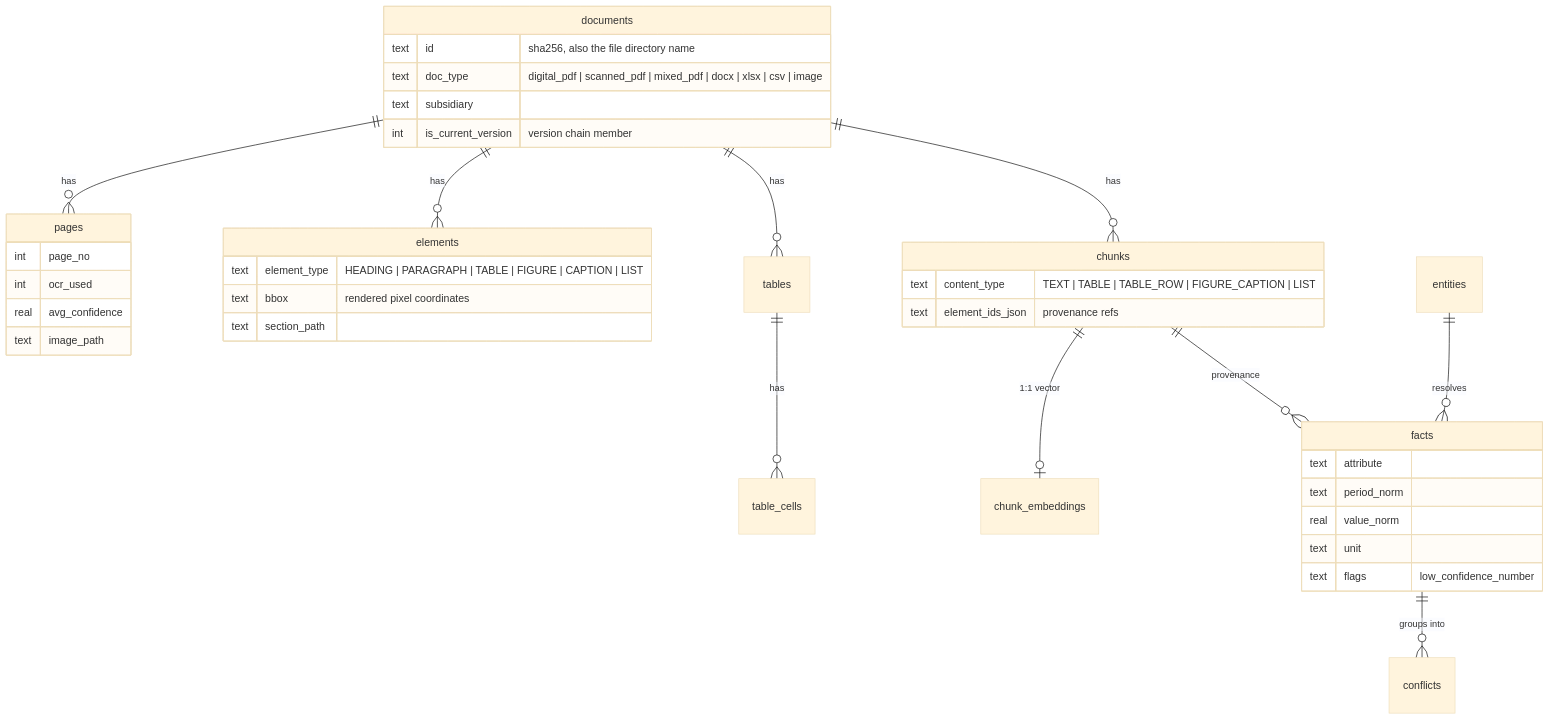
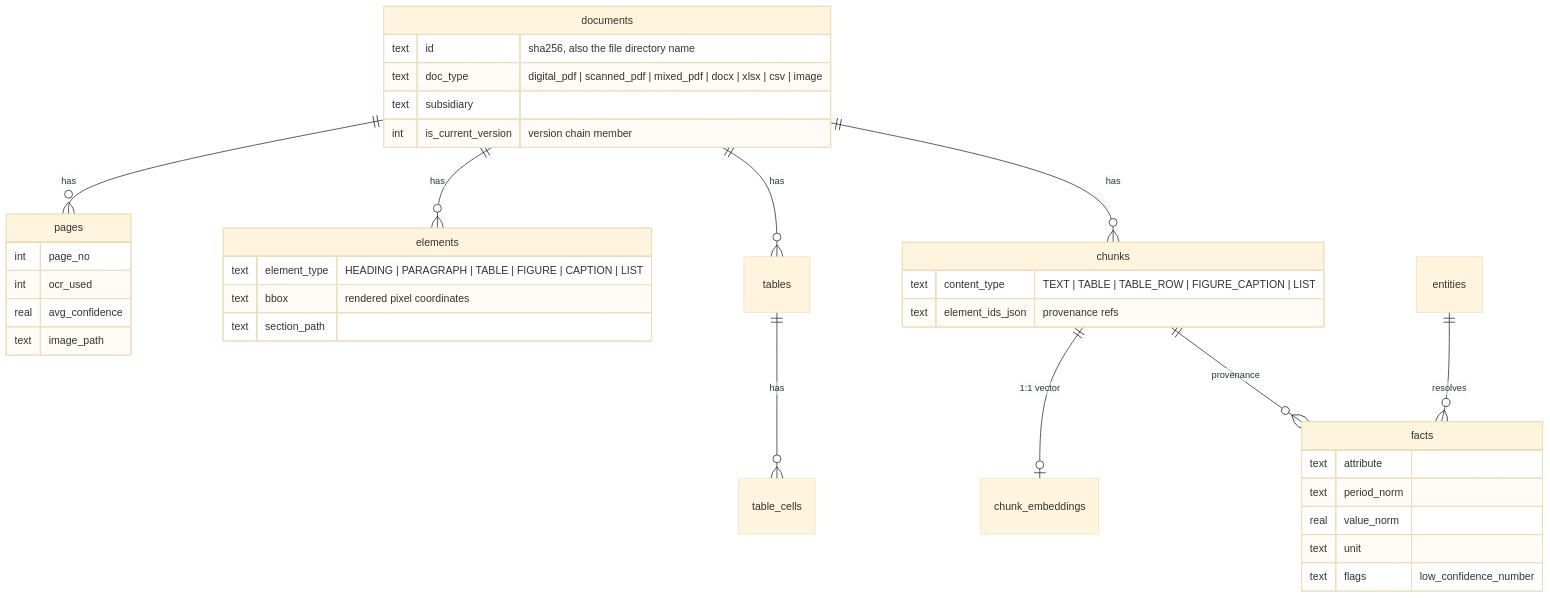
One commit to SpreadSheets600/CMPDI-Intelligence changed the fourth of 5 diagrams in docs/ARCHITECTURE.md. Above: the diagram before and after it, drawn with Mermaid (base theme). The commit also changed other lines of this file and 1 other file, not shown here.

Commit message:
docs: update README and ARCHITECTURE for landing page, unified Ask, filters, Lucide icons and markdown-to-DOCX reports

````diff
--- a/docs/ARCHITECTURE.md
+++ b/docs/ARCHITECTURE.md
@@ -179,41 +193,40 @@
 ```mermaid
 erDiagram
     documents ||--o{ pages : has
     documents ||--o{ elements : has
     documents ||--o{ tables : has
     documents ||--o{ chunks : has
     tables ||--o{ table_cells : has
     chunks ||--o| chunk_embeddings : "1:1 vector"
     chunks ||--o{ facts : "provenance"
     entities ||--o{ facts : resolves
-    facts ||--o{ conflicts : "groups into"
 
     documents {
         text id "sha256, also the file directory name"
         text doc_type "digital_pdf | scanned_pdf | mixed_pdf | docx | xlsx | csv | image"
         text subsidiary
         int is_current_version "version chain member"
     }
     pages {
         int page_no
         int ocr_used
         real avg_confidence
         text image_path
     }
     elements {
         text element_type "HEADING | PARAGRAPH | TABLE | FIGURE | CAPTION | LIST"
         text bbox "rendered pixel coordinates"
         text section_path
     }
     chunks {
         text content_type "TEXT | TABLE | TABLE_ROW | FIGURE_CAPTION | LIST"
         text element_ids_json "provenance refs"
     }
     facts {
         text attribute
         text period_norm
         real value_norm
         text unit
         text flags "low_confidence_number"
     }
 ```
````
